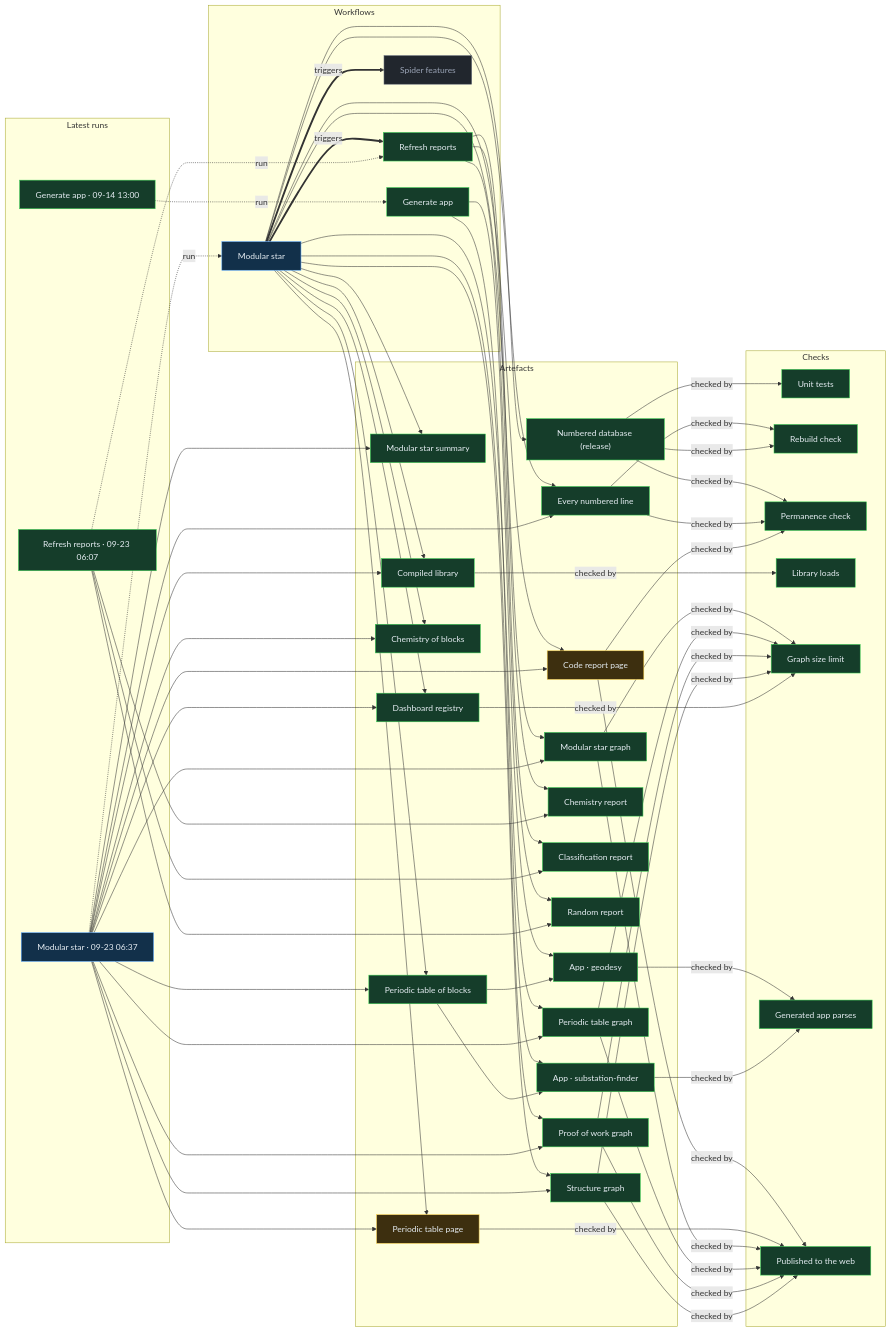
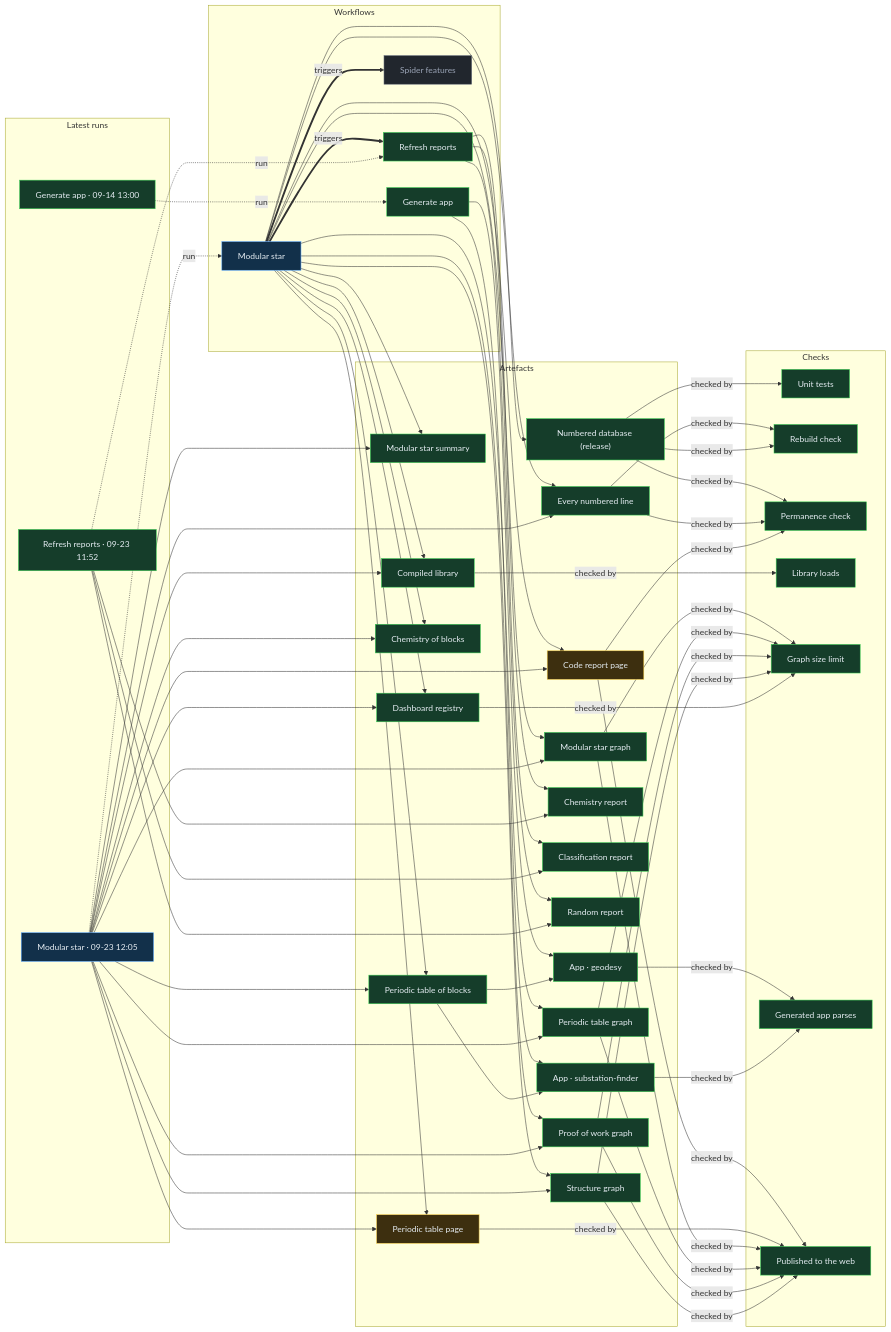
Before and after one commit to Ventusltd/stars: the diagram in proof/PROOF.md, drawn with Mermaid. The commit also changed other lines of this file and 37 other files, not shown here.

Commit message:
Modular star 2026-09-23T12:07Z

```diff
--- a/proof/PROOF.md
+++ b/proof/PROOF.md
@@ -24,8 +24,8 @@
   n_wf_spider_features["Spider features"]:::off
   end
   subgraph g_runs["Latest runs"]
-  n_run_35827597567["Modular star · 09-23 06:37"]:::live
-  n_run_35825356847["Refresh reports · 09-23 06:07"]:::ok
+  n_run_35858301115["Modular star · 09-23 12:05"]:::live
+  n_run_35857062564["Refresh reports · 09-23 11:52"]:::ok
   n_run_34846587798["Generate app · 09-14 13:00"]:::ok
   end
   subgraph g_artefacts["Artefacts"]
@@ -59,39 +59,39 @@
   end
   n_wf_modular_star == triggers ==> n_wf_refresh
   n_wf_modular_star == triggers ==> n_wf_spider_features
-  n_run_35827597567 -. run .-> n_wf_modular_star
-  n_run_35825356847 -. run .-> n_wf_refresh
+  n_run_35858301115 -. run .-> n_wf_modular_star
+  n_run_35857062564 -. run .-> n_wf_refresh
   n_run_34846587798 -. run .-> n_wf_generate
   n_wf_modular_star --> n_art_summary
-  n_run_35827597567 --> n_art_summary
+  n_run_35858301115 --> n_art_summary
   n_wf_modular_star --> n_art_lines
-  n_run_35827597567 --> n_art_lines
+  n_run_35858301115 --> n_art_lines
   n_wf_modular_star --> n_art_code
-  n_run_35827597567 --> n_art_code
+  n_run_35858301115 --> n_art_code
   n_wf_modular_star --> n_art_modular_graph
-  n_run_35827597567 --> n_art_modular_graph
+  n_run_35858301115 --> n_art_modular_graph
   n_wf_modular_star --> n_art_blocks
-  n_run_35827597567 --> n_art_blocks
+  n_run_35858301115 --> n_art_blocks
   n_wf_modular_star --> n_art_table
-  n_run_35827597567 --> n_art_table
+  n_run_35858301115 --> n_art_table
   n_wf_modular_star --> n_art_blocks_graph
-  n_run_35827597567 --> n_art_blocks_graph
+  n_run_35858301115 --> n_art_blocks_graph
   n_wf_modular_star --> n_art_reactions
-  n_run_35827597567 --> n_art_reactions
+  n_run_35858301115 --> n_art_reactions
   n_wf_modular_star --> n_art_library
-  n_run_35827597567 --> n_art_library
+  n_run_35858301115 --> n_art_library
   n_wf_modular_star --> n_art_features
-  n_run_35827597567 --> n_art_features
+  n_run_35858301115 --> n_art_features
   n_wf_modular_star --> n_art_proof
-  n_run_35827597567 --> n_art_proof
+  n_run_35858301115 --> n_art_proof
   n_wf_modular_star --> n_art_structure
-  n_run_35827597567 --> n_art_structure
+  n_run_35858301115 --> n_art_structure
   n_wf_refresh --> n_art_chemistry
-  n_run_35825356847 --> n_art_chemistry
+  n_run_35857062564 --> n_art_chemistry
   n_wf_refresh --> n_art_vedic
-  n_run_35825356847 --> n_art_vedic
+  n_run_35857062564 --> n_art_vedic
   n_wf_refresh --> n_art_random
-  n_run_35825356847 --> n_art_random
+  n_run_35857062564 --> n_art_random
   n_wf_modular_star --> n_art_release
   n_wf_generate --> n_app_geodesy
   n_art_blocks --> n_app_geodesy
```
